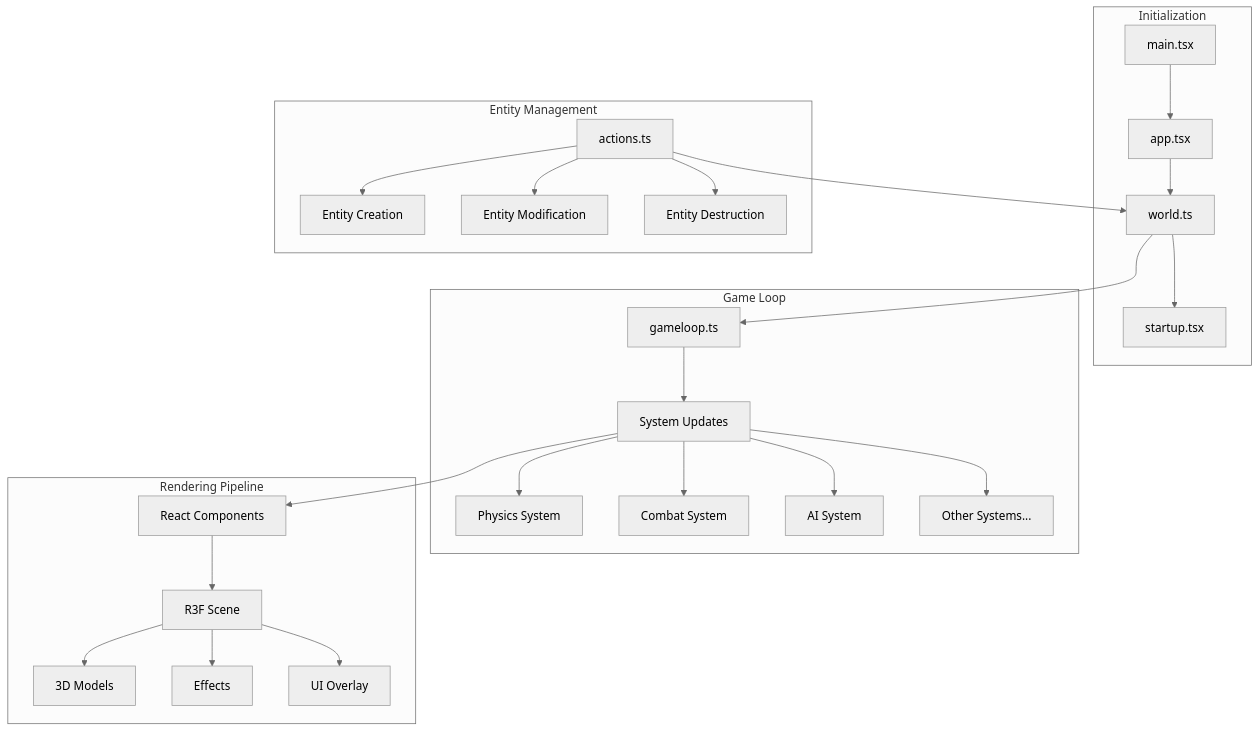
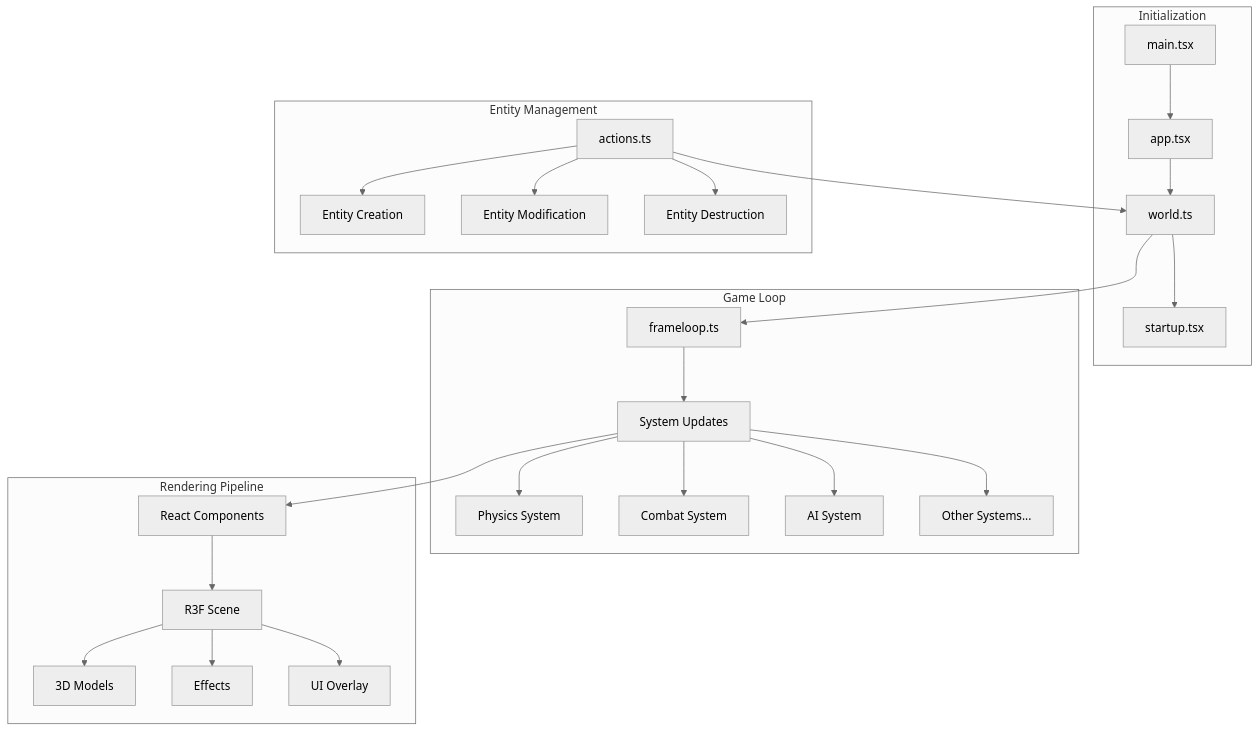
One commit to instructa/viber3d changed the first of 2 diagrams in templates/starter-next/.planr/project-structure.md. Above: the diagram before and after it, drawn with Mermaid (neutral theme). The commit also changed 8 other files, not shown here.

````diff
--- a/templates/starter-next/.planr/project-structure.md
+++ b/templates/starter-next/.planr/project-structure.md
@@ -42,33 +42,33 @@
 ```mermaid
 graph TB
     subgraph "Initialization"
         A[main.tsx] --> B[app.tsx]
         B --> C[world.ts]
         C --> D[startup.tsx]
     end
 
     subgraph "Game Loop"
-        E[gameloop.ts] --> F[System Updates]
+        E[frameloop.ts] --> F[System Updates]
         F --> G[Physics System]
         F --> H[Combat System]
         F --> I[AI System]
         F --> J[Other Systems...]
     end
 
     subgraph "Rendering Pipeline"
         K[React Components] --> L[R3F Scene]
         L --> M[3D Models]
         L --> N[Effects]
         L --> O[UI Overlay]
     end
 
     subgraph "Entity Management"
         P[actions.ts] --> Q[Entity Creation]
         P --> R[Entity Modification]
         P --> S[Entity Destruction]
     end
 
     C --> E
     F --> K
     P --> C
 ```
````
